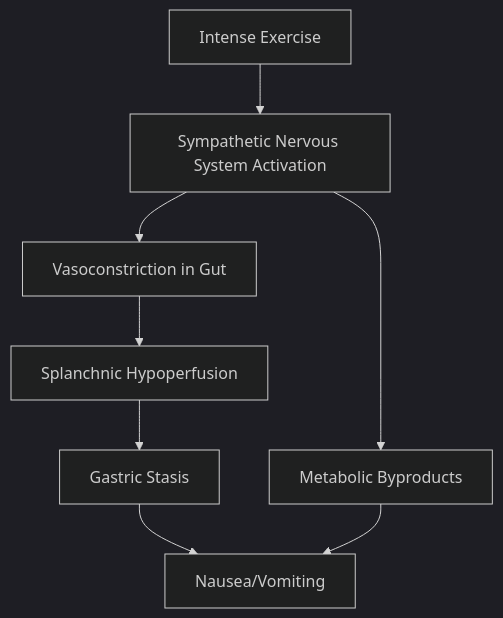
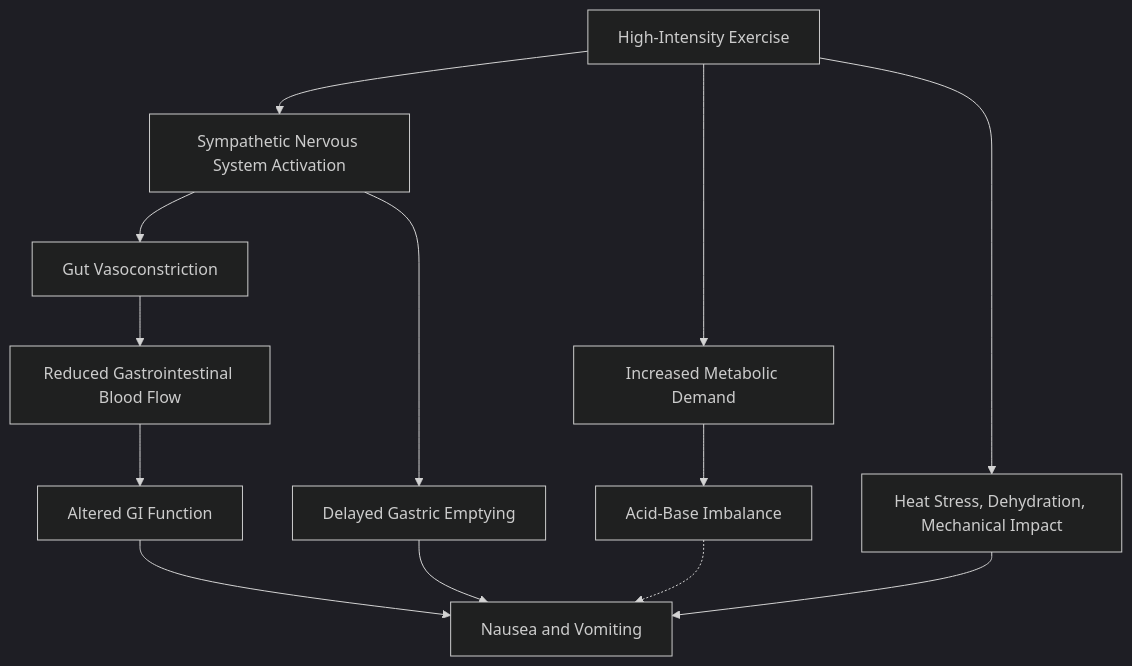
One commit to ethanpark0726/blog_automation changed the diagram in _posts/en/2026-10-13-exercise-induced-nausea-mechanisms.md. Above: the diagram before and after it, drawn with Mermaid (dark theme). The commit also changed other lines of this file and 2 other files, not shown here.

````diff
--- a/_posts/en/2026-10-13-exercise-induced-nausea-mechanisms.md
+++ b/_posts/en/2026-10-13-exercise-induced-nausea-mechanisms.md
@@ -64,10 +76,19 @@
 ```mermaid
-graph TD
-    A["Intense Exercise"] --> B["Sympathetic Nervous System Activation"]
-    B --> C["Vasoconstriction in Gut"]
-    C --> D["Splanchnic Hypoperfusion"]
-    D --> E["Gastric Stasis"]
-    E --> F["Nausea/Vomiting"]
-    B --> G["Metabolic Byproducts"]
-    G --> F
+flowchart TD
+    A["High-Intensity Exercise"] --> B["Sympathetic Nervous System Activation"]
+    B --> C["Gut Vasoconstriction"]
+    C --> D["Reduced Gastrointestinal Blood Flow"]
+    D --> E["Altered GI Function"]
+
+    B --> F["Delayed Gastric Emptying"]
+
+    A --> G["Increased Metabolic Demand"]
+    G --> H["Acid-Base Imbalance"]
+
+    A --> I["Heat Stress, Dehydration, Mechanical Impact"]
+
+    E --> J["Nausea and Vomiting"]
+    F --> J
+    H -.-> J
+    I --> J
 ```
````
